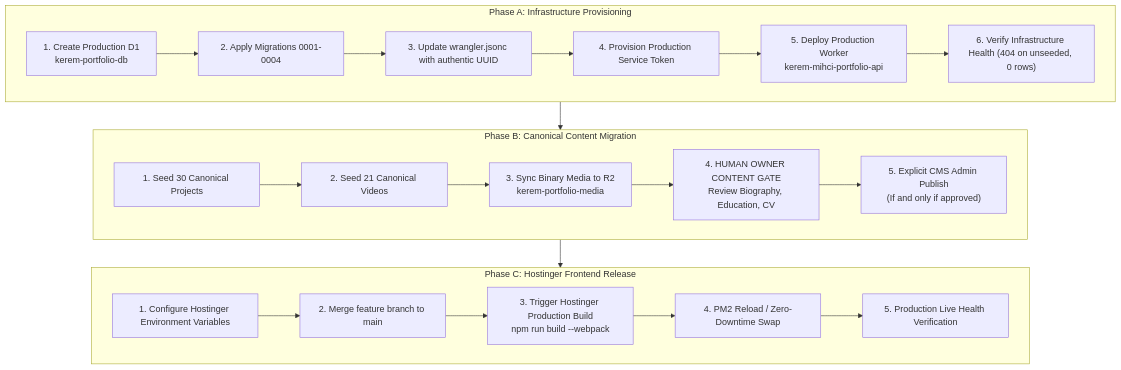
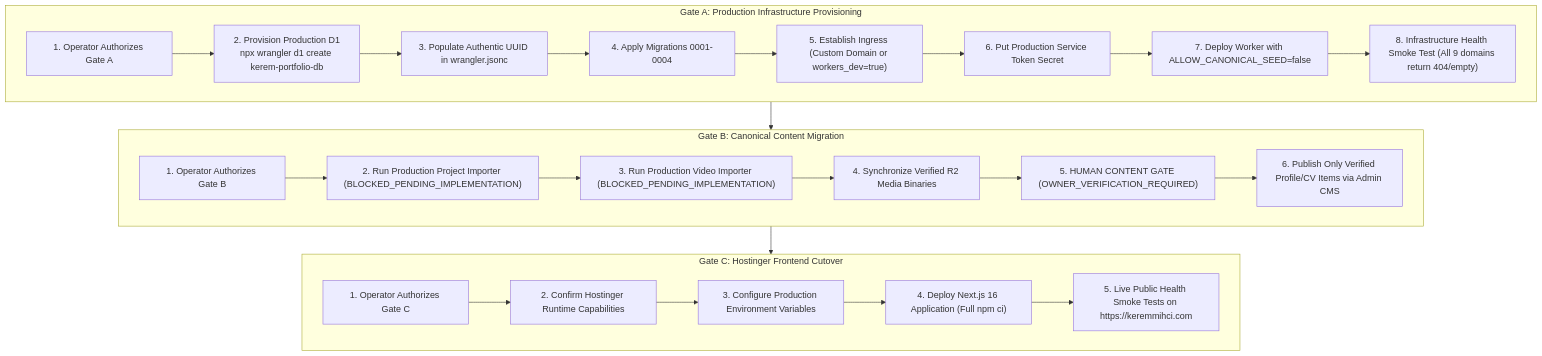
Before and after one commit to eigengraun/kerem-mihci-portfolio: the diagram in docs/reviews/PORTFOLIO_OS_PHASE6_PRODUCTION_RELEASE_PLAN.md, drawn with Mermaid. The commit also changed other lines of this file and 5 other files, not shown here.

Commit message:
docs(phase6): harden production release plan & fail-closed admission matrix

````diff
--- a/docs/reviews/PORTFOLIO_OS_PHASE6_PRODUCTION_RELEASE_PLAN.md
+++ b/docs/reviews/PORTFOLIO_OS_PHASE6_PRODUCTION_RELEASE_PLAN.md
@@ -103,27 +119,30 @@
 ```mermaid
 flowchart TD
-    subgraph PhaseA["Phase A: Infrastructure Provisioning"]
-        A1["1. Create Production D1<br>kerem-portfolio-db"] --> A2["2. Apply Migrations 0001-0004"]
-        A2 --> A3["3. Update wrangler.jsonc with authentic UUID"]
-        A3 --> A4["4. Provision Production Service Token"]
-        A4 --> A5["5. Deploy Production Worker<br>kerem-mihci-portfolio-api"]
-        A5 --> A6["6. Verify Infrastructure Health (404 on unseeded, 0 rows)"]
+    subgraph GateA["Gate A: Production Infrastructure Provisioning"]
+        A1["1. Operator Authorizes Gate A"] --> A2["2. Provision Production D1<br>npx wrangler d1 create kerem-portfolio-db"]
+        A2 --> A3["3. Populate Authentic UUID in wrangler.jsonc"]
+        A3 --> A4["4. Apply Migrations 0001-0004"]
+        A4 --> A5["5. Establish Ingress (Custom Domain or workers_dev=true)"]
+        A5 --> A6["6. Put Production Service Token Secret"]
+        A6 --> A7["7. Deploy Worker with ALLOW_CANONICAL_SEED=false"]
+        A7 --> A8["8. Infrastructure Health Smoke Test (All 9 domains return 404/empty)"]
     end
 
-    subgraph PhaseB["Phase B: Canonical Content Migration"]
-        B1["1. Seed 30 Canonical Projects"] --> B2["2. Seed 21 Canonical Videos"]
-        B2 --> B3["3. Sync Binary Media to R2<br>kerem-portfolio-media"]
-        B3 --> B4["4. HUMAN OWNER CONTENT GATE<br>Review Biography, Education, CV"]
-        B4 --> B5["5. Explicit CMS Admin Publish<br>(If and only if approved)"]
+    subgraph GateB["Gate B: Canonical Content Migration"]
+        B1["1. Operator Authorizes Gate B"] --> B2["2. Run Production Project Importer (BLOCKED_PENDING_IMPLEMENTATION)"]
+        B2 --> B3["3. Run Production Video Importer (BLOCKED_PENDING_IMPLEMENTATION)"]
+        B3 --> B4["4. Synchronize Verified R2 Media Binaries"]
+        B4 --> B5["5. HUMAN CONTENT GATE (OWNER_VERIFICATION_REQUIRED)"]
+        B5 --> B6["6. Publish Only Verified Profile/CV Items via Admin CMS"]
     end
 
-    subgraph PhaseC["Phase C: Hostinger Frontend Release"]
-        C1["1. Configure Hostinger Environment Variables"] --> C2["2. Merge feature branch to main"]
-        C2 --> C3["3. Trigger Hostinger Production Build<br>npm run build --webpack"]
-        C3 --> C4["4. PM2 Reload / Zero-Downtime Swap"]
-        C4 --> C5["5. Production Live Health Verification"]
+    subgraph GateC["Gate C: Hostinger Frontend Cutover"]
+        C1["1. Operator Authorizes Gate C"] --> C2["2. Confirm Hostinger Runtime Capabilities"]
+        C2 --> C3["3. Configure Production Environment Variables"]
+        C3 --> C4["4. Deploy Next.js 16 Application (Full npm ci)"]
+        C4 --> C5["5. Live Public Health Smoke Tests on https://keremmihci.com"]
     end
 
-    PhaseA --> PhaseB
-    PhaseB --> PhaseC
+    GateA --> GateB
+    GateB --> GateC
 ```
````
